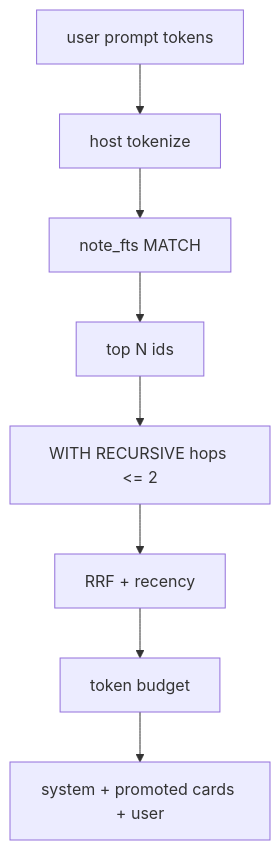
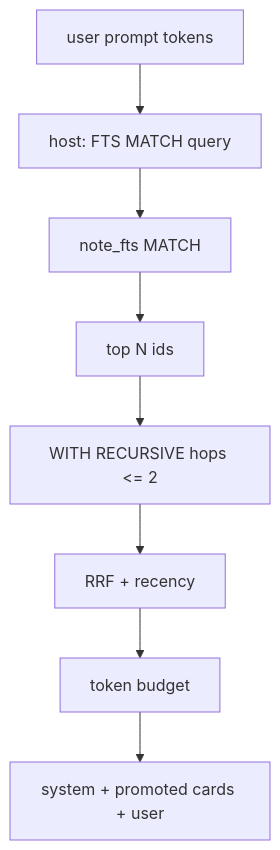
Before and after one commit to mokmok-dev/sui: the fourth of 6 diagrams in docs/research/zettelkasten-memory.md, drawn with Mermaid. The commit also changed other lines of this file, not shown here.

````diff
--- a/docs/research/zettelkasten-memory.md
+++ b/docs/research/zettelkasten-memory.md
@@ -158,10 +160,10 @@
 ```mermaid
 flowchart TD
-  q[user prompt tokens] --> tok[host tokenize]
+  q[user prompt tokens] --> tok["host: FTS MATCH query"]
   tok --> match["note_fts MATCH"]
   match --> seedIds[top N ids]
   seedIds --> cte["WITH RECURSIVE hops <= 2"]
   cte --> rrf[RRF + recency]
   rrf --> cap[token budget]
   cap --> msgs["system + promoted cards + user"]
 ```
````
